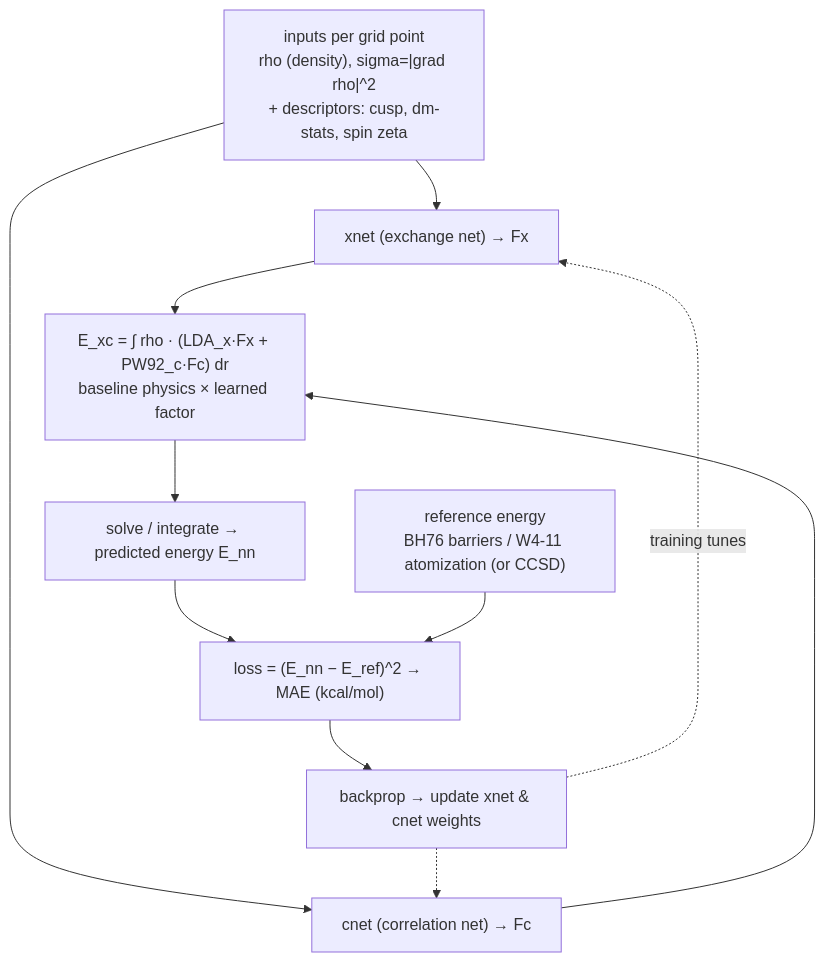
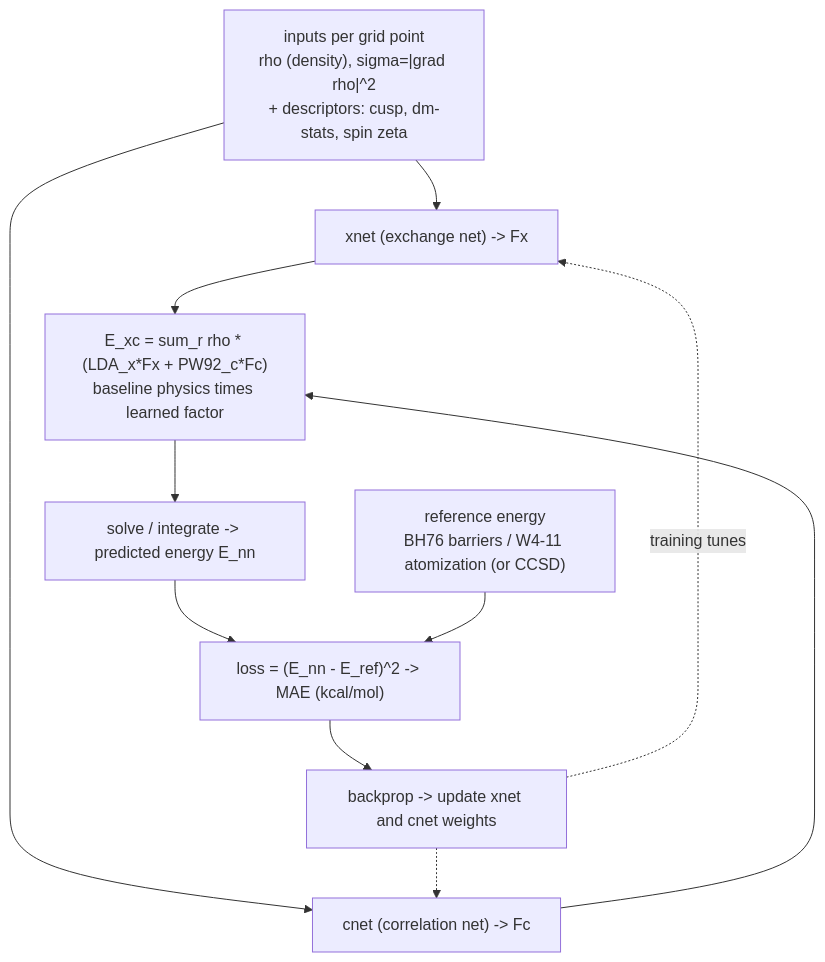
The first of 2 diagrams in docs/user_guide.md (alecpwills/xcquinox), drawn with Mermaid before and after one commit. The commit also changed other lines of this file and 14 other files, not shown here.

Commit message:
revise user guide and architecture diagrams

````diff
--- a/docs/user_guide.md
+++ b/docs/user_guide.md
@@ -32,18 +31,18 @@
 ```mermaid
 flowchart TB
   inp["inputs per grid point<br/>rho (density), sigma=|grad rho|^2<br/>+ descriptors: cusp, dm-stats, spin zeta"]
-  xnet["xnet (exchange net) → Fx"]
-  cnet["cnet (correlation net) → Fc"]
-  exc["E_xc = ∫ rho · (LDA_x·Fx + PW92_c·Fc) dr<br/>baseline physics × learned factor"]
-  scf["solve / integrate → predicted energy E_nn"]
+  xnet["xnet (exchange net) -> Fx"]
+  cnet["cnet (correlation net) -> Fc"]
+  exc["E_xc = sum_r rho * (LDA_x*Fx + PW92_c*Fc)<br/>baseline physics times learned factor"]
+  scf["solve / integrate -> predicted energy E_nn"]
   ref["reference energy<br/>BH76 barriers / W4-11 atomization (or CCSD)"]
-  loss["loss = (E_nn − E_ref)^2 → MAE (kcal/mol)"]
-  bp["backprop → update xnet & cnet weights"]
+  loss["loss = (E_nn - E_ref)^2 -> MAE (kcal/mol)"]
+  bp["backprop -> update xnet and cnet weights"]
   inp --> xnet --> exc
   inp --> cnet --> exc
   exc --> scf --> loss
   ref --> loss
   loss --> bp
   bp -.->|training tunes| xnet
   bp -.-> cnet
 ```
````
